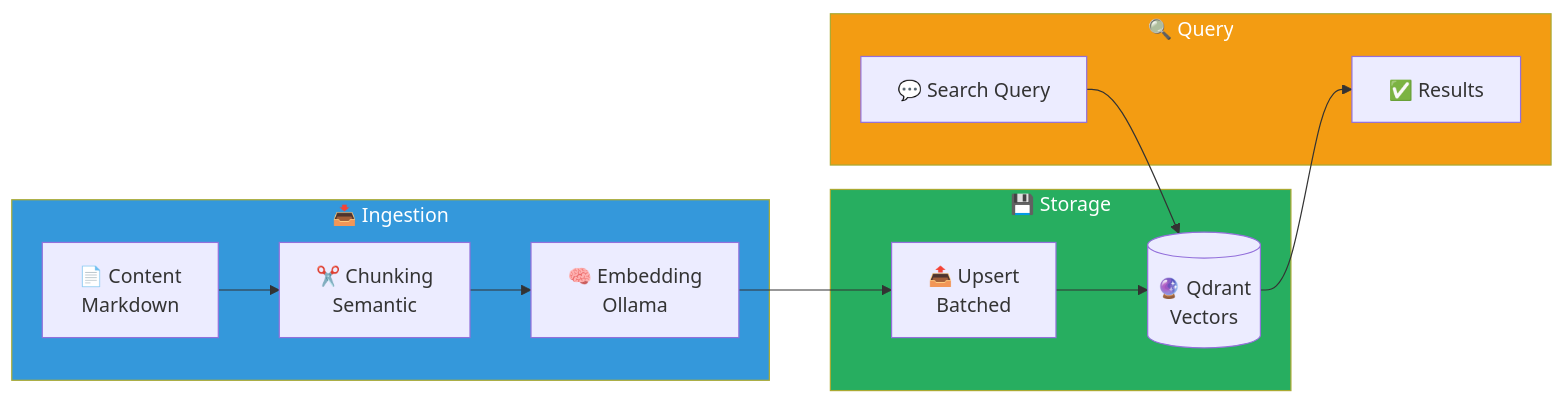
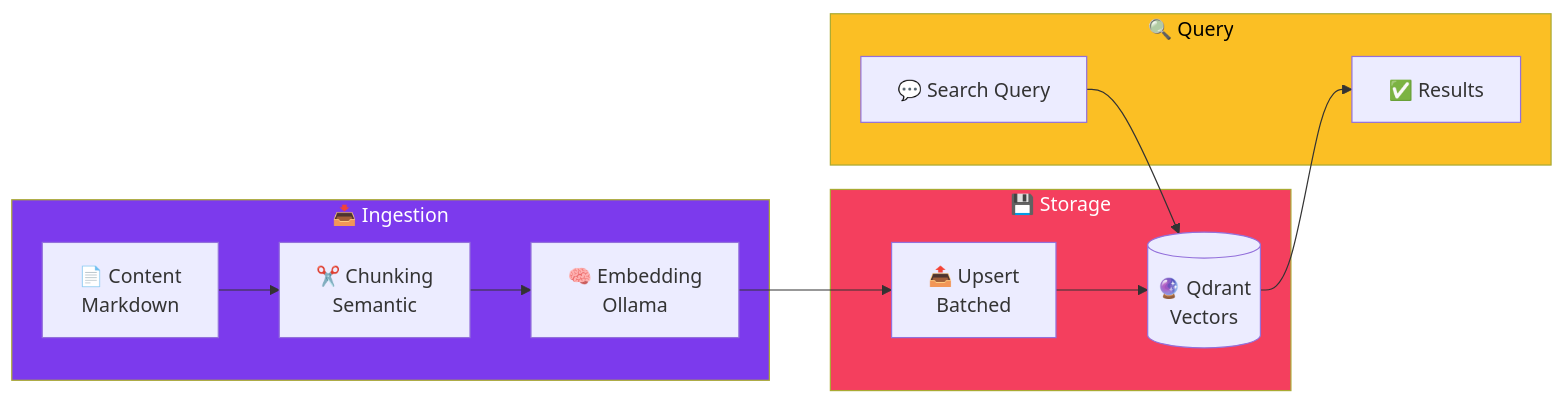
The diagram in src/content/blog/embedding-pipeline-ollama-qdrant.mdx (viktorrobin/bluerobin-blog), drawn with Mermaid before and after one commit. The commit also changed other lines of this file and 127 other files, not shown here.

````diff
--- a/src/content/blog/embedding-pipeline-ollama-qdrant.mdx
+++ b/src/content/blog/embedding-pipeline-ollama-qdrant.mdx
@@ -47,21 +47,26 @@
 ```mermaid
 flowchart LR
     subgraph Ingestion["📥 Ingestion"]
         A["📄 Content<br/>Markdown"] --> B["✂️ Chunking<br/>Semantic"]
         B --> C["🧠 Embedding<br/>Ollama"]
     end
 
     subgraph Storage["💾 Storage"]
         C --> D["📤 Upsert<br/>Batched"]
         D --> E[("🔮 Qdrant<br/>Vectors")]
     end
 
     subgraph Query["🔍 Query"]
         F["💬 Search Query"] --> E
         E --> G["✅ Results"]
     end
 
-    style Ingestion fill:#3498db,color:#fff
-    style Storage fill:#27ae60,color:#fff
-    style Query fill:#f39c12,color:#fff
+    classDef primary fill:#7c3aed,color:#fff
+    classDef secondary fill:#06b6d4,color:#fff
+    classDef db fill:#f43f5e,color:#fff
+    classDef warning fill:#fbbf24,color:#000
+
+    class Ingestion primary
+    class Storage db
+    class Query warning
 ```
````
